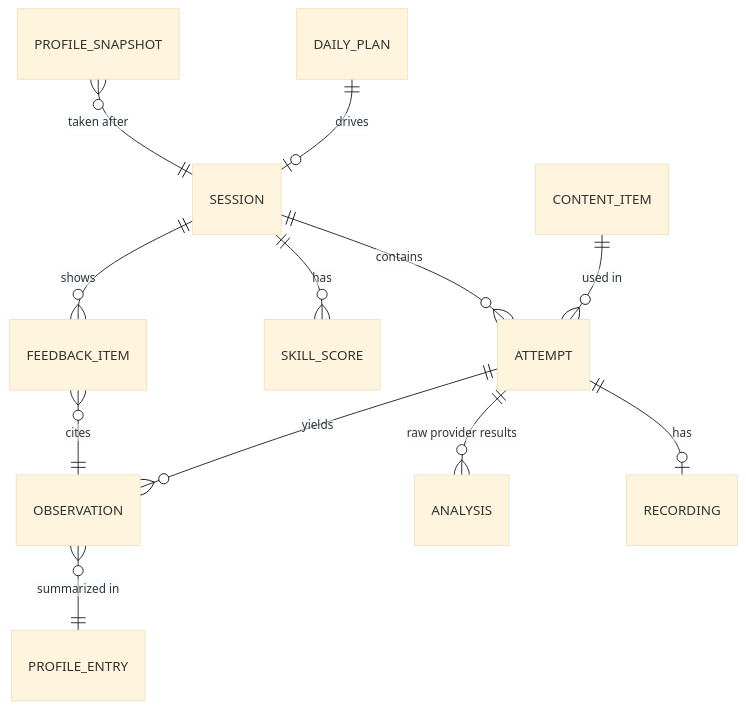
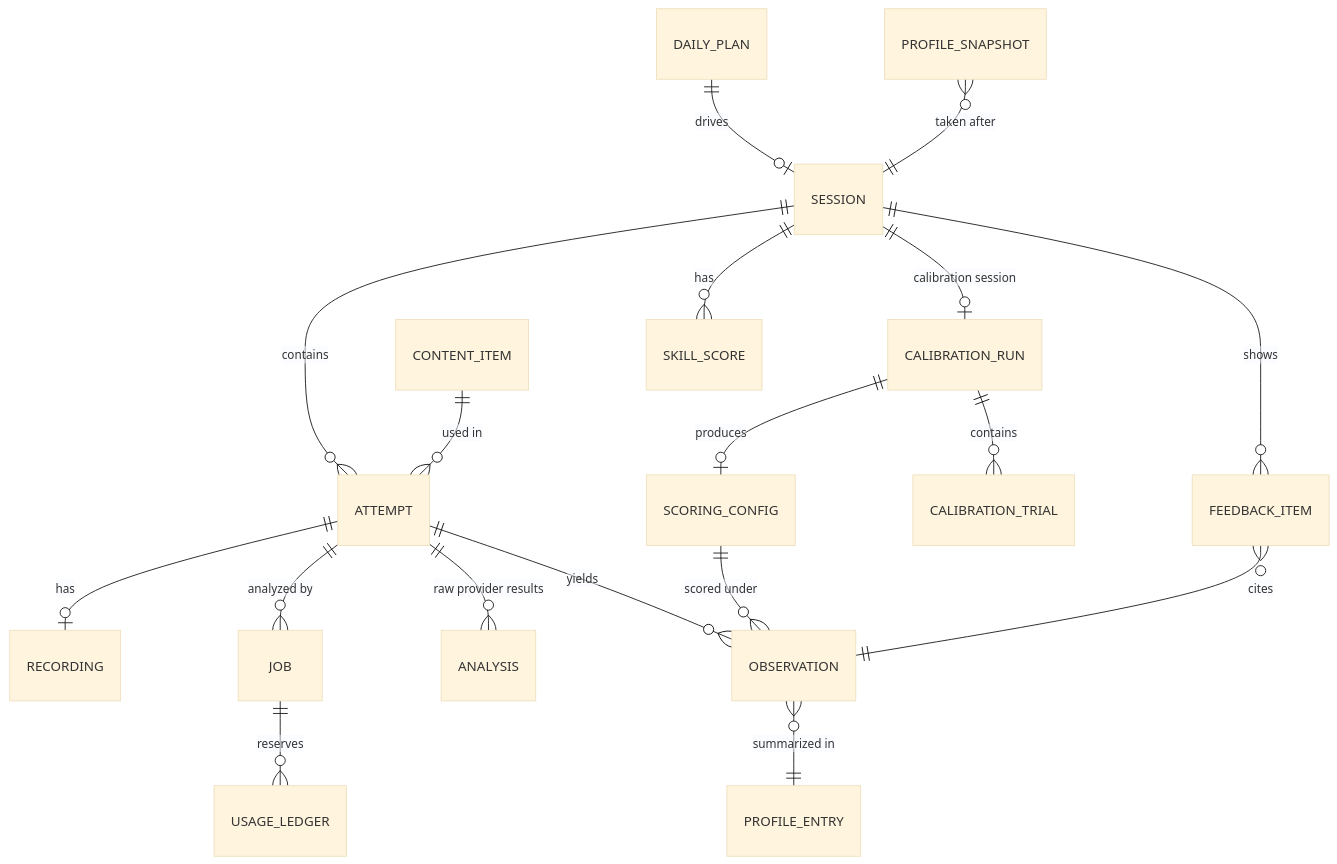
The first of 2 diagrams in docs/ARCHITECTURE.md (shreyandhawa/nosolear), drawn with Mermaid (base theme) before and after one commit. The commit also changed other lines of this file and 2 other files, not shown here.

Commit message:
Revise architecture for open-source BYOK direction (#12)

````diff
--- a/docs/ARCHITECTURE.md
+++ b/docs/ARCHITECTURE.md
@@ -432,14 +407,20 @@
 ```mermaid
 erDiagram
   DAILY_PLAN ||--o| SESSION : drives
   SESSION ||--o{ ATTEMPT : contains
+  SESSION ||--o| CALIBRATION_RUN : "calibration session"
   CONTENT_ITEM ||--o{ ATTEMPT : "used in"
   ATTEMPT ||--o| RECORDING : has
+  ATTEMPT ||--o{ JOB : "analyzed by"
+  JOB ||--o{ USAGE_LEDGER : reserves
   ATTEMPT ||--o{ ANALYSIS : "raw provider results"
   ATTEMPT ||--o{ OBSERVATION : yields
+  SCORING_CONFIG ||--o{ OBSERVATION : "scored under"
+  CALIBRATION_RUN ||--o{ CALIBRATION_TRIAL : contains
+  CALIBRATION_RUN ||--o| SCORING_CONFIG : produces
   SESSION ||--o{ SKILL_SCORE : has
   SESSION ||--o{ FEEDBACK_ITEM : shows
   FEEDBACK_ITEM }o--|| OBSERVATION : cites
   OBSERVATION }o--|| PROFILE_ENTRY : "summarized in"
   PROFILE_SNAPSHOT }o--|| SESSION : "taken after"
 ```
````
